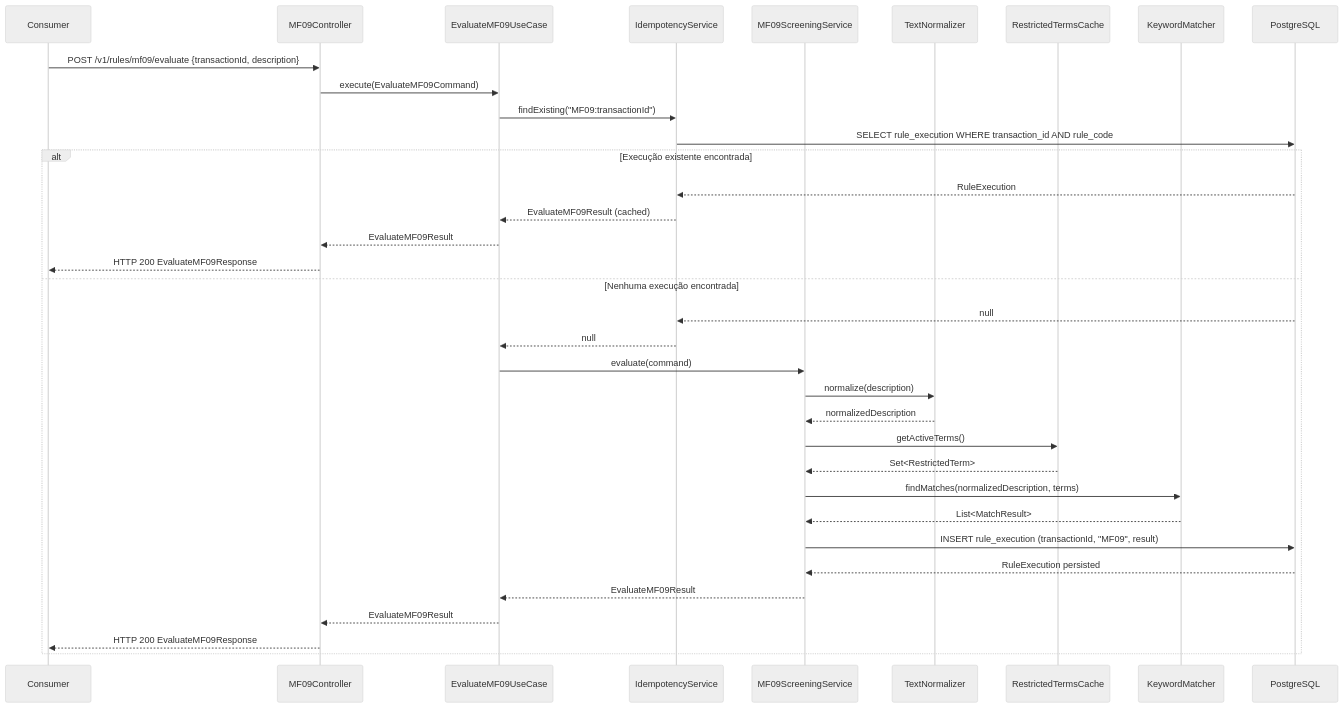
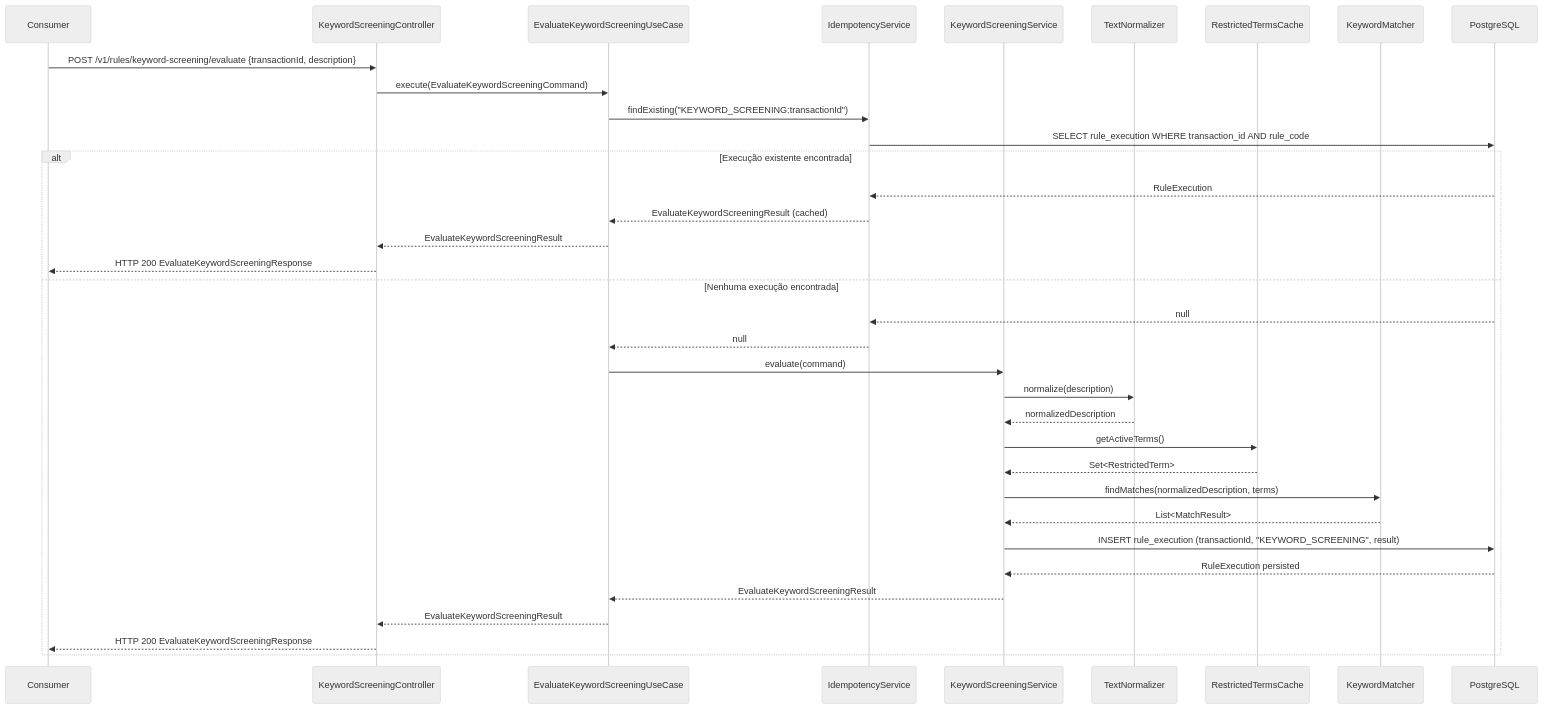
Before and after one commit to lemosanisio/keyword-screening: the third of 5 diagrams in .kiro/specs/mf09-keyword-screening/design.md, drawn with Mermaid (neutral theme). The commit also changed other lines of this file and 246 other files, not shown here.

````diff
--- a/.kiro/specs/mf09-keyword-screening/design.md
+++ b/.kiro/specs/mf09-keyword-screening/design.md
@@ -94,38 +94,38 @@
 ```mermaid
 sequenceDiagram
     participant C as Consumer
-    participant CTRL as MF09Controller
-    participant UC as EvaluateMF09UseCase
+    participant CTRL as KeywordScreeningController
+    participant UC as EvaluateKeywordScreeningUseCase
     participant IDEM as IdempotencyService
-    participant SVC as MF09ScreeningService
+    participant SVC as KeywordScreeningService
     participant NORM as TextNormalizer
     participant CACHE as RestrictedTermsCache
     participant MATCH as KeywordMatcher
     participant DB as PostgreSQL
 
-    C->>CTRL: POST /v1/rules/mf09/evaluate {transactionId, description}
-    CTRL->>UC: execute(EvaluateMF09Command)
-    UC->>IDEM: findExisting("MF09:transactionId")
+    C->>CTRL: POST /v1/rules/keyword-screening/evaluate {transactionId, description}
+    CTRL->>UC: execute(EvaluateKeywordScreeningCommand)
+    UC->>IDEM: findExisting("KEYWORD_SCREENING:transactionId")
     IDEM->>DB: SELECT rule_execution WHERE transaction_id AND rule_code
     alt Execução existente encontrada
         DB-->>IDEM: RuleExecution
-        IDEM-->>UC: EvaluateMF09Result (cached)
-        UC-->>CTRL: EvaluateMF09Result
-        CTRL-->>C: HTTP 200 EvaluateMF09Response
+        IDEM-->>UC: EvaluateKeywordScreeningResult (cached)
+        UC-->>CTRL: EvaluateKeywordScreeningResult
+        CTRL-->>C: HTTP 200 EvaluateKeywordScreeningResponse
     else Nenhuma execução encontrada
         DB-->>IDEM: null
         IDEM-->>UC: null
         UC->>SVC: evaluate(command)
         SVC->>NORM: normalize(description)
         NORM-->>SVC: normalizedDescription
         SVC->>CACHE: getActiveTerms()
         CACHE-->>SVC: Set<RestrictedTerm>
         SVC->>MATCH: findMatches(normalizedDescription, terms)
         MATCH-->>SVC: List<MatchResult>
-        SVC->>DB: INSERT rule_execution (transactionId, "MF09", result)
+        SVC->>DB: INSERT rule_execution (transactionId, "KEYWORD_SCREENING", result)
         DB-->>SVC: RuleExecution persisted
-        SVC-->>UC: EvaluateMF09Result
-        UC-->>CTRL: EvaluateMF09Result
-        CTRL-->>C: HTTP 200 EvaluateMF09Response
+        SVC-->>UC: EvaluateKeywordScreeningResult
+        UC-->>CTRL: EvaluateKeywordScreeningResult
+        CTRL-->>C: HTTP 200 EvaluateKeywordScreeningResponse
     end
 ```
````
